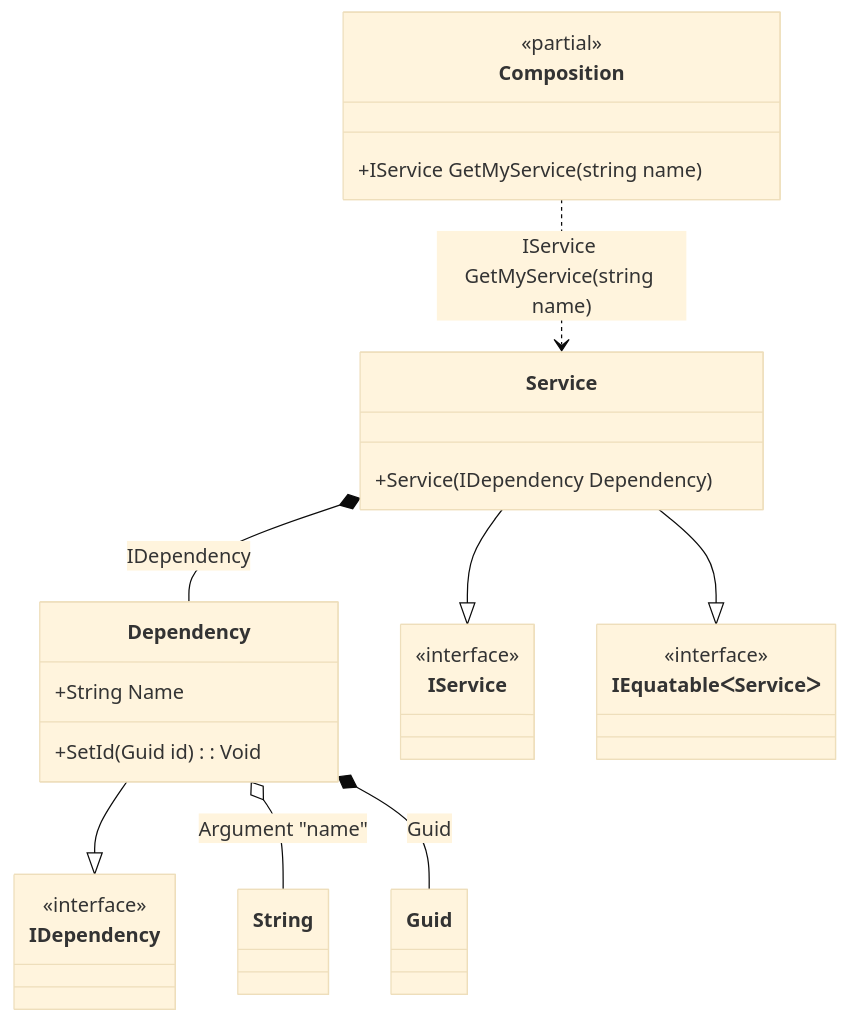
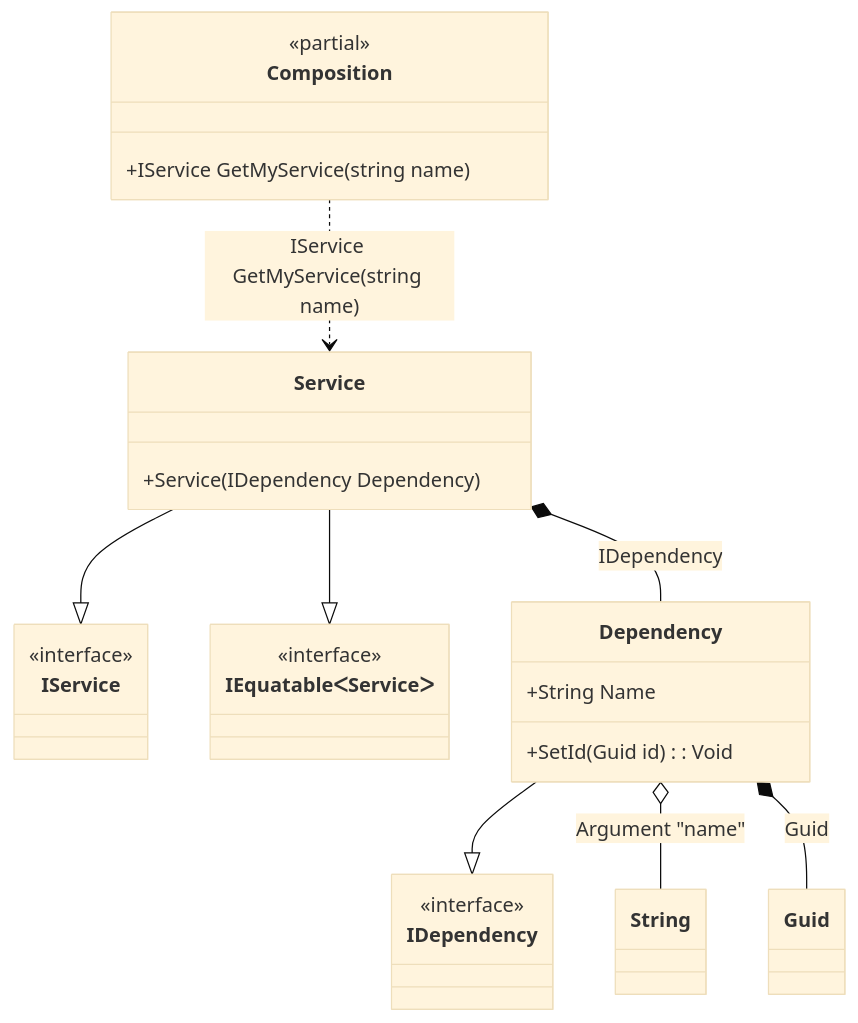
Before and after one commit to DevTeam/Pure.DI: the diagram in readme/build-up-of-an-existing-object.md, drawn with Mermaid (base theme). The commit also changed other lines of this file and 92 other files, not shown here.

````diff
--- a/readme/build-up-of-an-existing-object.md
+++ b/readme/build-up-of-an-existing-object.md
@@ -90,32 +90,32 @@
 ```mermaid
 classDiagram
 	class Composition {
 		<<partial>>
 		+IService GetMyService(string name)
 	}
-	class String
-	class Guid
+	Service --|> IService
+	Service --|> IEquatableᐸServiceᐳ
+	class Service {
+		+Service(IDependency Dependency)
+	}
 	Dependency --|> IDependency
 	class Dependency {
 		+String Name
 		+SetId(Guid id) : Void
 	}
-	Service --|> IService
-	Service --|> IEquatableᐸServiceᐳ
-	class Service {
-		+Service(IDependency Dependency)
-	}
-	class IDependency {
-		<<interface>>
-	}
+	class String
+	class Guid
 	class IService {
 		<<interface>>
 	}
 	class IEquatableᐸServiceᐳ {
 		<<interface>>
 	}
+	class IDependency {
+		<<interface>>
+	}
 	Composition ..> Service : IService GetMyService(string name)
+	Service *--  Dependency : IDependency
 	Dependency o-- String : Argument "name"
 	Dependency *--  Guid : Guid
-	Service *--  Dependency : IDependency
 ```
````
